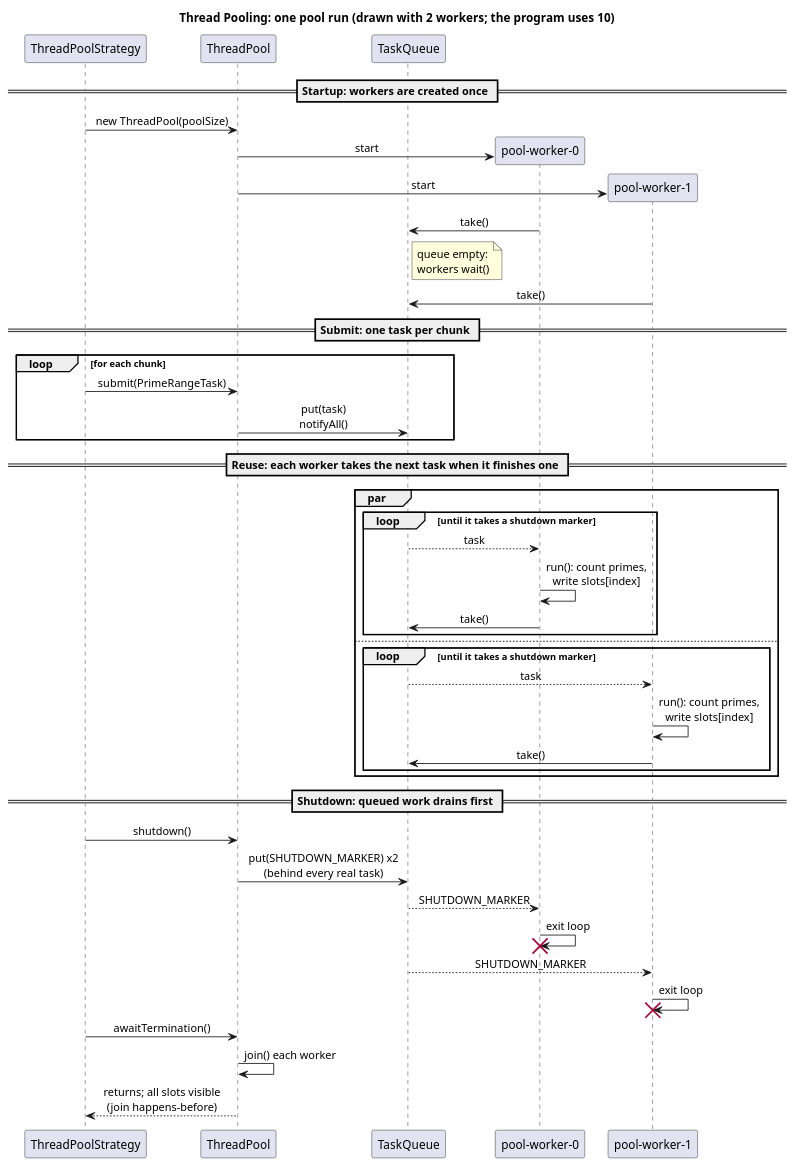
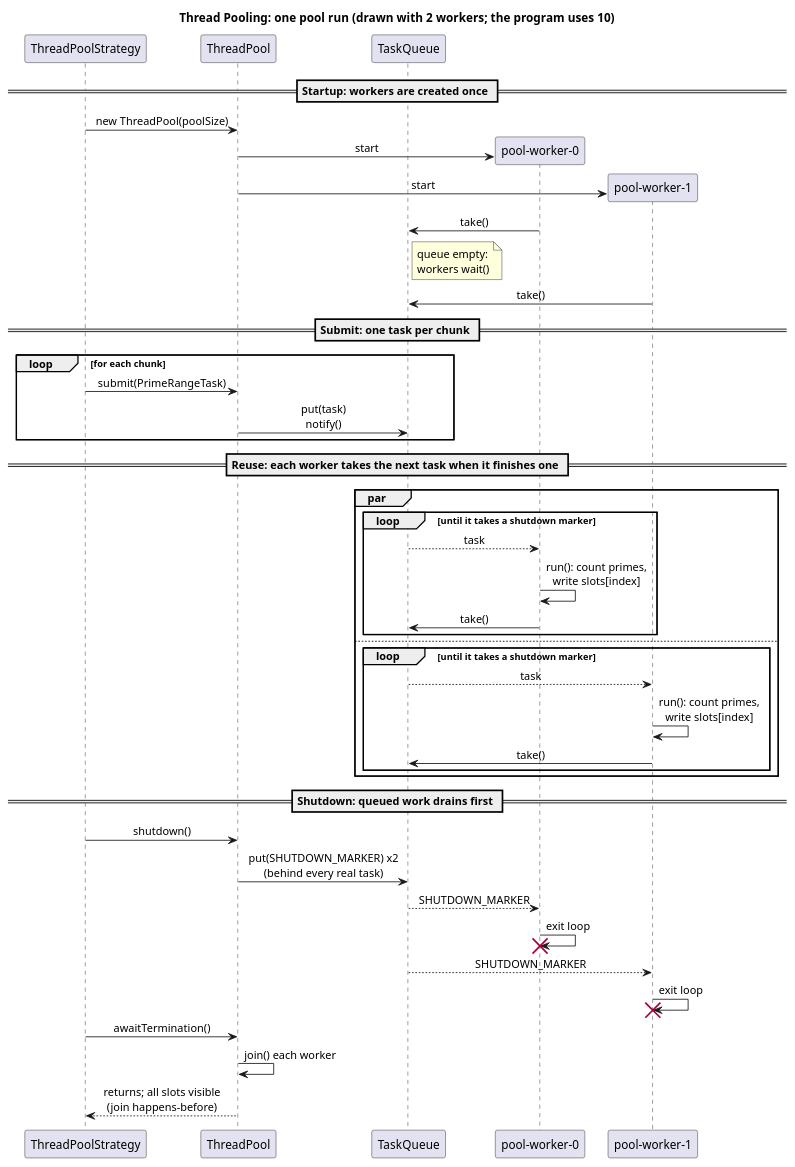
Before and after one commit to kobster68/thread-pooling: the diagram in uml/pool/thread-pooling-sequence.puml, drawn with PlantUML. The commit also changed 8 other files, not shown here.

```diff
--- a/uml/pool/thread-pooling-sequence.puml
+++ b/uml/pool/thread-pooling-sequence.puml
@@ -1,52 +1,52 @@
 @startuml thread-pooling-sequence
 title Thread Pooling: one pool run (drawn with 2 workers; the program uses 10)
 skinparam sequenceMessageAlign center
 
 participant "ThreadPoolStrategy" as S
 participant "ThreadPool" as P
 participant "TaskQueue" as Q
 participant "pool-worker-0" as W0
 participant "pool-worker-1" as W1
 
 == Startup: workers are created once ==
 S -> P : new ThreadPool(poolSize)
 P -> W0 ** : start
 P -> W1 ** : start
 W0 -> Q : take()
 note right of Q : queue empty:\nworkers wait()
 W1 -> Q : take()
 
 == Submit: one task per chunk ==
 loop for each chunk
   S -> P : submit(PrimeRangeTask)
-  P -> Q : put(task)\nnotifyAll()
+  P -> Q : put(task)\nnotify()
 end
 
 == Reuse: each worker takes the next task when it finishes one ==
 par
   loop until it takes a shutdown marker
     Q --> W0 : task
     W0 -> W0 : run(): count primes,\nwrite slots[index]
     W0 -> Q : take()
   end
 else
   loop until it takes a shutdown marker
     Q --> W1 : task
     W1 -> W1 : run(): count primes,\nwrite slots[index]
     W1 -> Q : take()
   end
 end
 
 == Shutdown: queued work drains first ==
 S -> P : shutdown()
 P -> Q : put(SHUTDOWN_MARKER) x2\n(behind every real task)
 Q --> W0 : SHUTDOWN_MARKER
 W0 -> W0 : exit loop
 destroy W0
 Q --> W1 : SHUTDOWN_MARKER
 W1 -> W1 : exit loop
 destroy W1
 S -> P : awaitTermination()
 P -> P : join() each worker
 P --> S : returns; all slots visible\n(join happens-before)
 @enduml
```
